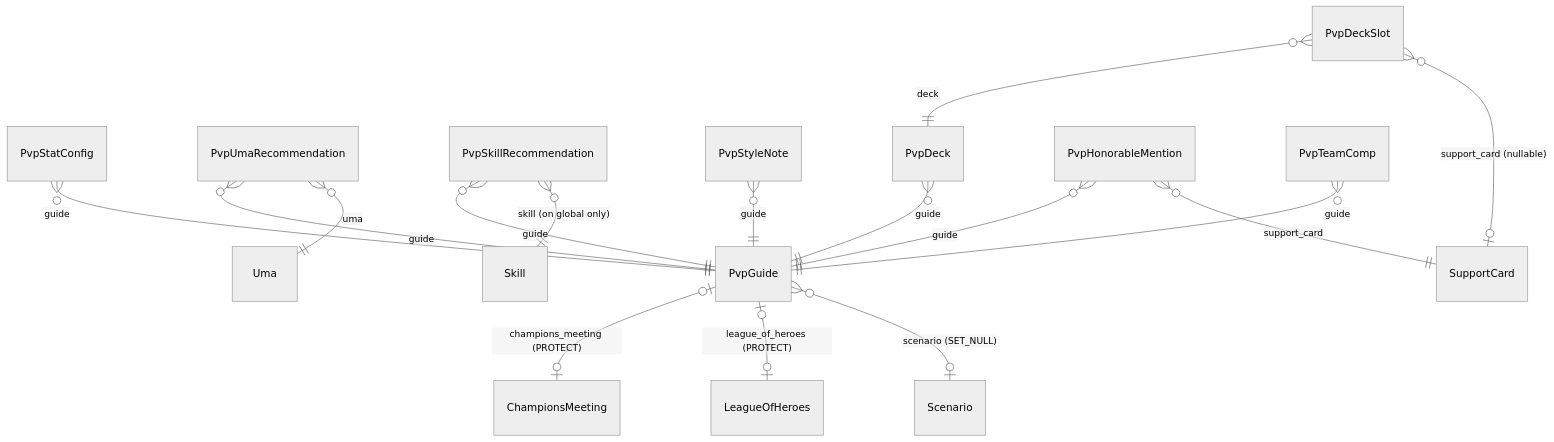
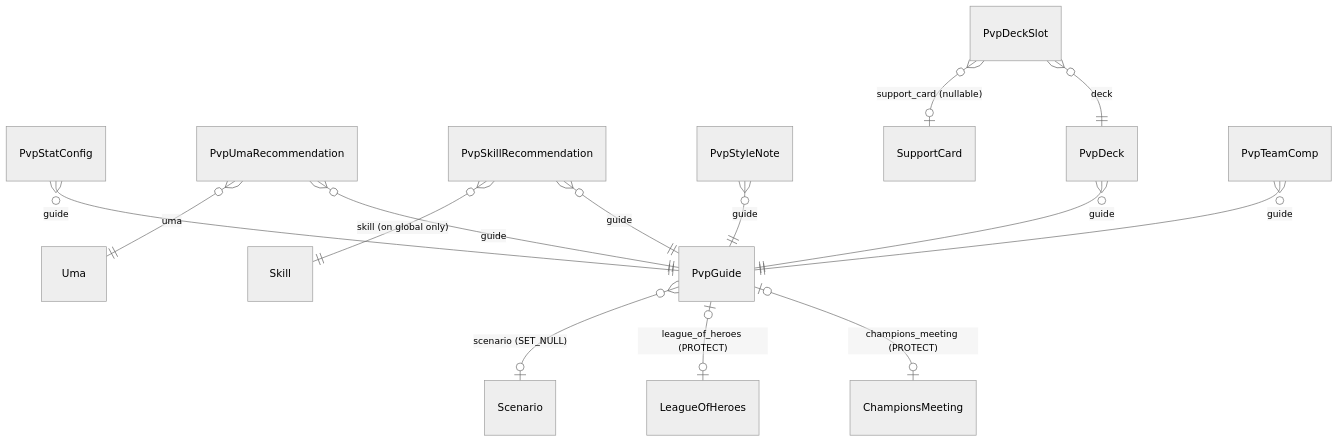
The second of 2 diagrams in docs/data-model.md (charlesmerriman/uma-carat-calculator-api), drawn with Mermaid (neutral theme) before and after one commit. The commit also changed other lines of this file and 18 other files, not shown here.

First line of the commit message:
refactor(pvp): remove the honorable mentions section

````diff
--- a/docs/data-model.md
+++ b/docs/data-model.md
@@ -904,18 +904,16 @@
 ```mermaid
 erDiagram
     PvpGuide |o--o| ChampionsMeeting : "champions_meeting (PROTECT)"
     PvpGuide |o--o| LeagueOfHeroes : "league_of_heroes (PROTECT)"
     PvpGuide }o--o| Scenario : "scenario (SET_NULL)"
     PvpStatConfig }o--|| PvpGuide : "guide"
     PvpUmaRecommendation }o--|| PvpGuide : "guide"
     PvpUmaRecommendation }o--|| Uma : "uma"
     PvpSkillRecommendation }o--|| PvpGuide : "guide"
     PvpSkillRecommendation }o--|| Skill : "skill (on global only)"
     PvpStyleNote }o--|| PvpGuide : "guide"
     PvpDeck }o--|| PvpGuide : "guide"
     PvpDeckSlot }o--|| PvpDeck : "deck"
     PvpDeckSlot }o--o| SupportCard : "support_card (nullable)"
-    PvpHonorableMention }o--|| PvpGuide : "guide"
-    PvpHonorableMention }o--|| SupportCard : "support_card"
     PvpTeamComp }o--|| PvpGuide : "guide"
 ```
````
